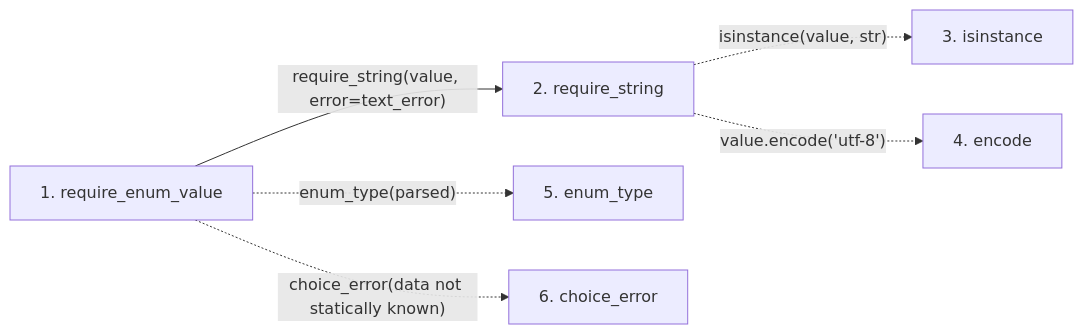
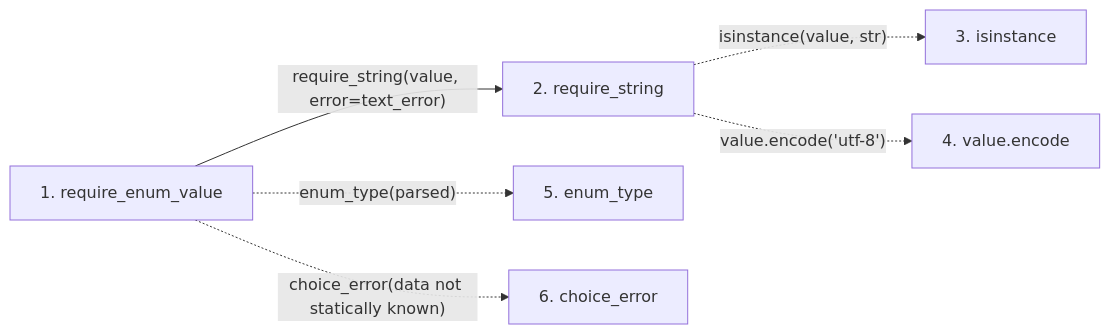
One commit to Denissvgn/python-wiki-llm changed the second of 2 diagrams in docs/llm_wiki/flows/api-require_enum_value.md. Above: the diagram before and after it, drawn with Mermaid. The commit also changed other lines of this file and 719 other files, not shown here.

````diff
--- a/docs/llm_wiki/flows/api-require_enum_value.md
+++ b/docs/llm_wiki/flows/api-require_enum_value.md
@@ -28,16 +28,16 @@
 ```mermaid
 flowchart LR
     s1["1. require_enum_value"]
     s2["2. require_string"]
     s3["3. isinstance"]
-    s4["4. encode"]
+    s4["4. value.encode"]
     s5["5. enum_type"]
     s6["6. choice_error"]
     s1 -->|"require_string(value, error=text_error)"| s2
     s2 -. "isinstance(value, str)" .-> s3
     s2 -. "value.encode('utf-8')" .-> s4
     s1 -. "enum_type(parsed)" .-> s5
     s1 -. "choice_error(data not statically known)" .-> s6
     click s1 "../modules/validation.md"
     click s2 "../modules/validation.md"
 ```
````
